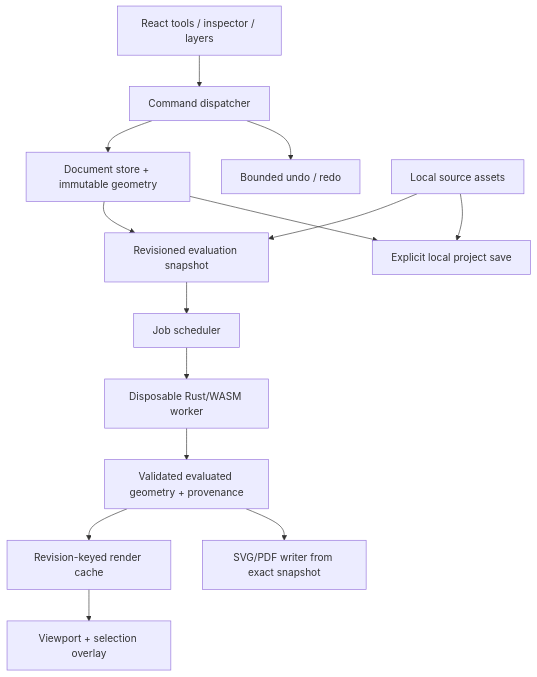
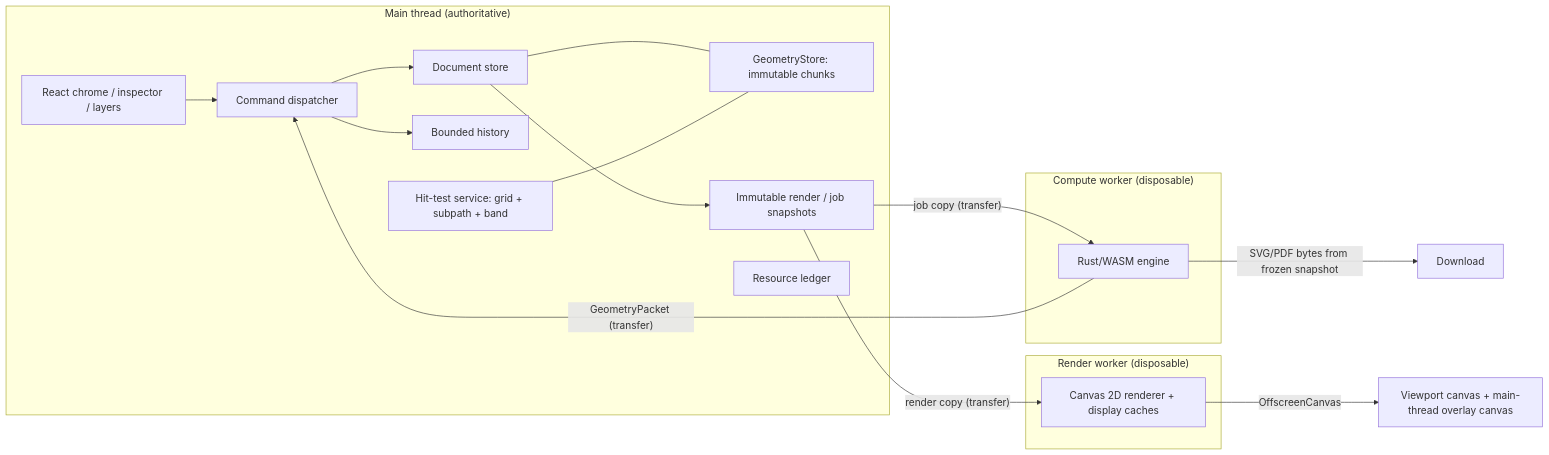
One commit to shortwavlabs/vectra changed the diagram in docs/RFC-002.md. Above: the diagram before and after it, drawn with Mermaid. The commit also changed other lines of this file, not shown here.

````diff
--- a/docs/RFC-002.md
+++ b/docs/RFC-002.md
@@ -40,16 +80,23 @@
 ```mermaid
-flowchart TD
-  UI[React tools / inspector / layers] --> CMD[Command dispatcher]
-  CMD --> DOC[Document store + immutable geometry]
-  CMD --> HIST[Bounded undo / redo]
-  SRC[Local source assets] --> SNAP[Revisioned evaluation snapshot]
-  DOC --> SNAP
-  SNAP --> JOB[Job scheduler]
-  JOB --> WASM[Disposable Rust/WASM worker]
-  WASM --> VAL[Validated evaluated geometry + provenance]
-  VAL --> CACHE[Revision-keyed render cache]
-  CACHE --> VIEW[Viewport + selection overlay]
-  VAL --> EXP[SVG/PDF writer from exact snapshot]
-  DOC --> SAVE[Explicit local project save]
-  SRC --> SAVE
+flowchart LR
+  subgraph Main["Main thread (authoritative)"]
+    UI[React chrome / inspector / layers] --> CMD[Command dispatcher]
+    CMD --> DOC[Document store]
+    DOC --- GS[GeometryStore: immutable chunks]
+    CMD --> HIST[Bounded history]
+    DOC --> SNAP[Immutable render / job snapshots]
+    HIT[Hit-test service: grid + subpath + band] --- GS
+    LED[Resource ledger]
+  end
+  subgraph CW["Compute worker (disposable)"]
+    WASM[Rust/WASM engine]
+  end
+  subgraph RW["Render worker (disposable)"]
+    REN[Canvas 2D renderer + display caches]
+  end
+  SNAP -- job copy (transfer) --> WASM
+  WASM -- GeometryPacket (transfer) --> CMD
+  SNAP -- render copy (transfer) --> REN
+  REN -- OffscreenCanvas --> VIEW[Viewport canvas + main-thread overlay canvas]
+  WASM -- SVG/PDF bytes from frozen snapshot --> EXP[Download]
 ```
````
